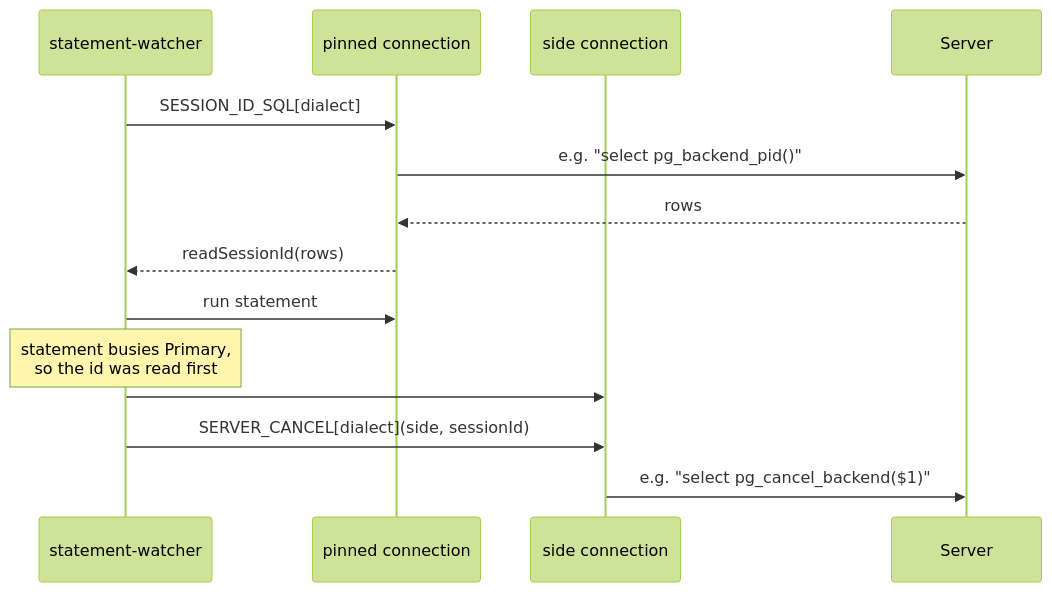
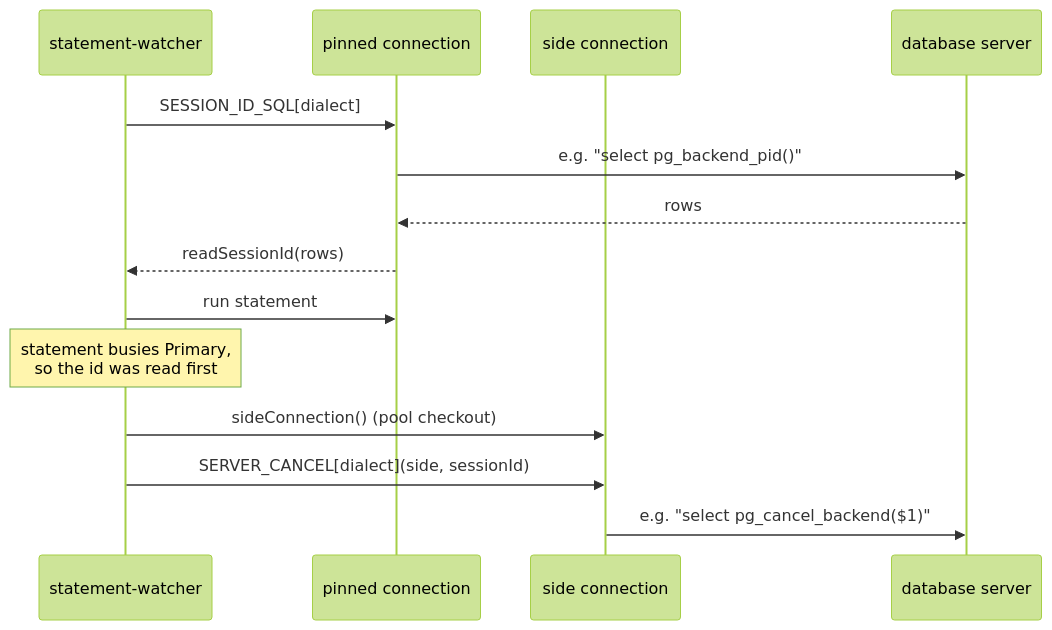
Before and after one commit to noormdev/noorm: the fifth of 5 diagrams in docs/wiki/core-db.md, drawn with Mermaid (forest theme). The commit also changed other lines of this file and 557 other files, not shown here.

````diff
--- a/docs/wiki/core-db.md
+++ b/docs/wiki/core-db.md
@@ -84,17 +191,18 @@
 ```mermaid
 sequenceDiagram
+    %% source: src/core/connection/session.ts, src/core/runner/statement-watcher.ts
     participant Watcher as statement-watcher
     participant Primary as pinned connection
     participant Side as side connection
-    participant Server
+    participant Server as database server
 
     Watcher->>Primary: SESSION_ID_SQL[dialect]
     Primary->>Server: e.g. "select pg_backend_pid()"
     Server-->>Primary: rows
     Primary-->>Watcher: readSessionId(rows)
     Watcher->>Primary: run statement
     Note over Watcher: statement busies Primary,<br/>so the id was read first
-    Watcher->>Side: #sideConnection() (pool checkout)
+    Watcher->>Side: sideConnection() (pool checkout)
     Watcher->>Side: SERVER_CANCEL[dialect](side, sessionId)
     Side->>Server: e.g. "select pg_cancel_backend($1)"
 ```
````
